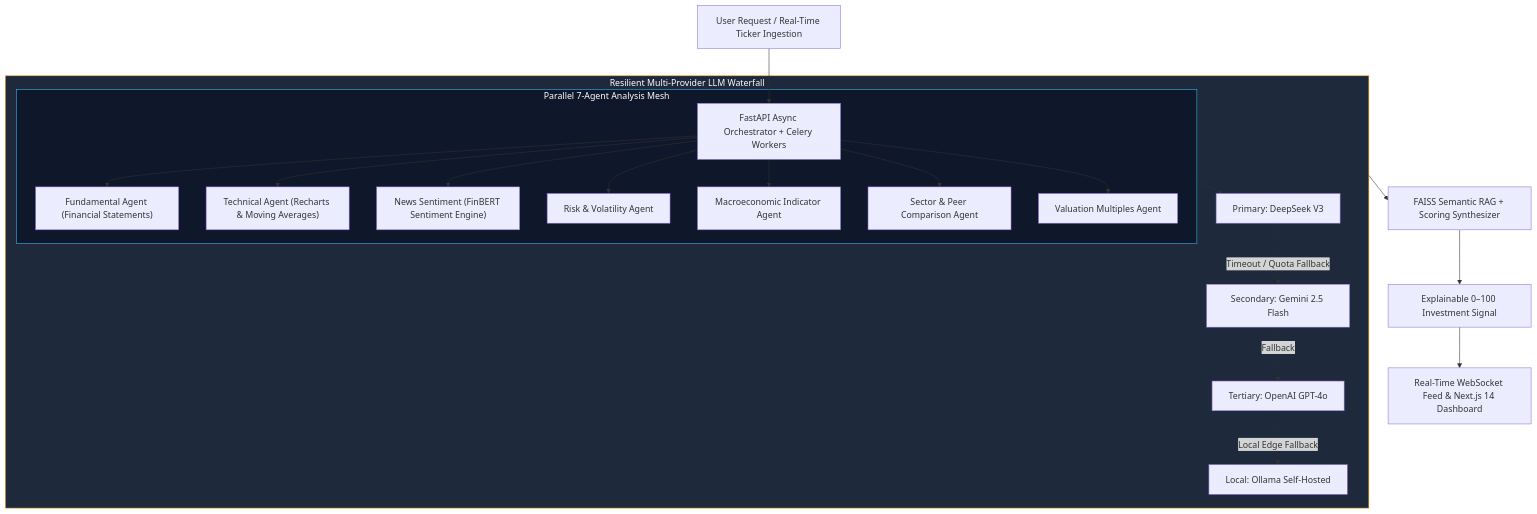
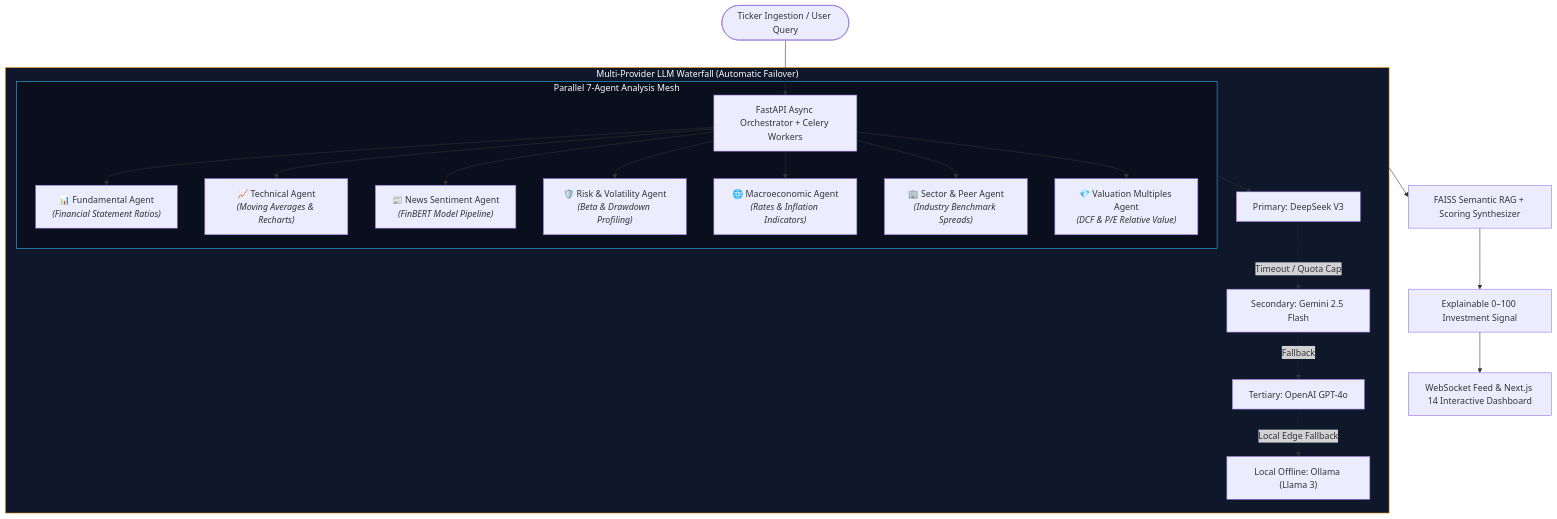
One commit to hkbharti77/hkbharti77 changed the first of 2 diagrams in README.md. Above: the diagram before and after it, drawn with Mermaid. The commit also changed other lines of this file, not shown here.

Commit message:
Elevate UI/UX to 2026 Bento Grid broadsheet design with dynamic header, telemetry cards, and interactive deep-dives

````diff
--- a/README.md
+++ b/README.md
@@ -59,28 +141,28 @@
 ```mermaid
 flowchart TD
-    UserQuery[User Request / Real-Time Ticker Ingestion] --> Orchestrator[FastAPI Async Orchestrator + Celery Workers]
+    User([Ticker Ingestion / User Query]) --> Orchestrator["FastAPI Async Orchestrator + Celery Workers"]
 
     subgraph AgentsMesh ["Parallel 7-Agent Analysis Mesh"]
-        Orchestrator --> A1["Fundamental Agent (Financial Statements)"]
-        Orchestrator --> A2["Technical Agent (Recharts & Moving Averages)"]
-        Orchestrator --> A3["News Sentiment (FinBERT Sentiment Engine)"]
-        Orchestrator --> A4["Risk & Volatility Agent"]
-        Orchestrator --> A5["Macroeconomic Indicator Agent"]
-        Orchestrator --> A6["Sector & Peer Comparison Agent"]
-        Orchestrator --> A7["Valuation Multiples Agent"]
+        Orchestrator --> A1["📊 Fundamental Agent<br/><i>(Financial Statement Ratios)</i>"]
+        Orchestrator --> A2["📈 Technical Agent<br/><i>(Moving Averages & Recharts)</i>"]
+        Orchestrator --> A3["📰 News Sentiment Agent<br/><i>(FinBERT Model Pipeline)</i>"]
+        Orchestrator --> A4["🛡️ Risk & Volatility Agent<br/><i>(Beta & Drawdown Profiling)</i>"]
+        Orchestrator --> A5["🌐 Macroeconomic Agent<br/><i>(Rates & Inflation Indicators)</i>"]
+        Orchestrator --> A6["🏢 Sector & Peer Agent<br/><i>(Industry Benchmark Spreads)</i>"]
+        Orchestrator --> A7["💎 Valuation Multiples Agent<br/><i>(DCF & P/E Relative Value)</i>"]
     end
 
-    subgraph LLMFailover ["Resilient Multi-Provider LLM Waterfall"]
+    subgraph LLMFailover ["Multi-Provider LLM Waterfall (Automatic Failover)"]
         AgentsMesh --> LLM1["Primary: DeepSeek V3"]
-        LLM1 -.->|Timeout / Quota Fallback| LLM2["Secondary: Gemini 2.5 Flash"]
+        LLM1 -.->|Timeout / Quota Cap| LLM2["Secondary: Gemini 2.5 Flash"]
         LLM2 -.->|Fallback| LLM3["Tertiary: OpenAI GPT-4o"]
-        LLM3 -.->|Local Edge Fallback| LLM4["Local: Ollama Self-Hosted"]
+        LLM3 -.->|Local Edge Fallback| LLM4["Local Offline: Ollama (Llama 3)"]
     end
 
-    LLMFailover --> Aggregator[FAISS Semantic RAG + Scoring Synthesizer]
-    Aggregator --> Output[Explainable 0–100 Investment Signal]
-    Output --> Stream[Real-Time WebSocket Feed & Next.js 14 Dashboard]
+    LLMFailover --> Aggregator["FAISS Semantic RAG + Scoring Synthesizer"]
+    Aggregator --> Output["Explainable 0–100 Investment Signal"]
+    Output --> Stream["WebSocket Feed & Next.js 14 Interactive Dashboard"]
 
-    style AgentsMesh fill:#0f172a,stroke:#38bdf8,stroke-width:1px,color:#fff
-    style LLMFailover fill:#1e293b,stroke:#f59e0b,stroke-width:1px,color:#fff
+    style AgentsMesh fill:#0a0f1d,stroke:#38bdf8,stroke-width:1px,color:#fff
+    style LLMFailover fill:#0f172a,stroke:#f59e0b,stroke-width:1px,color:#fff
 ```
````
